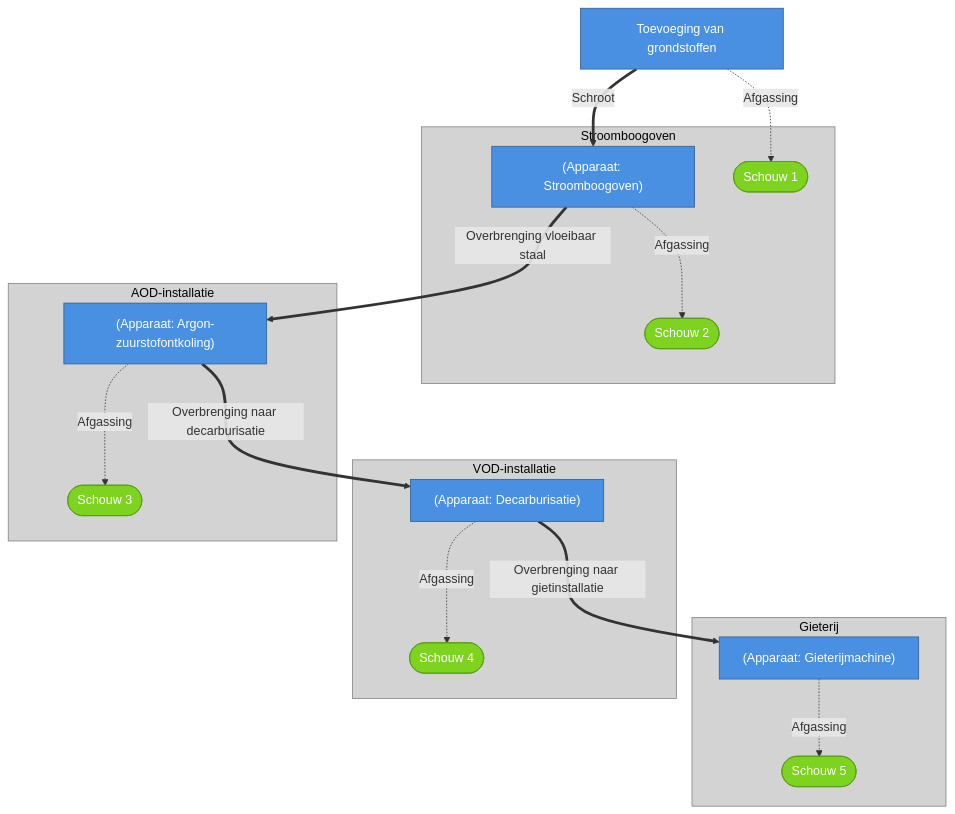
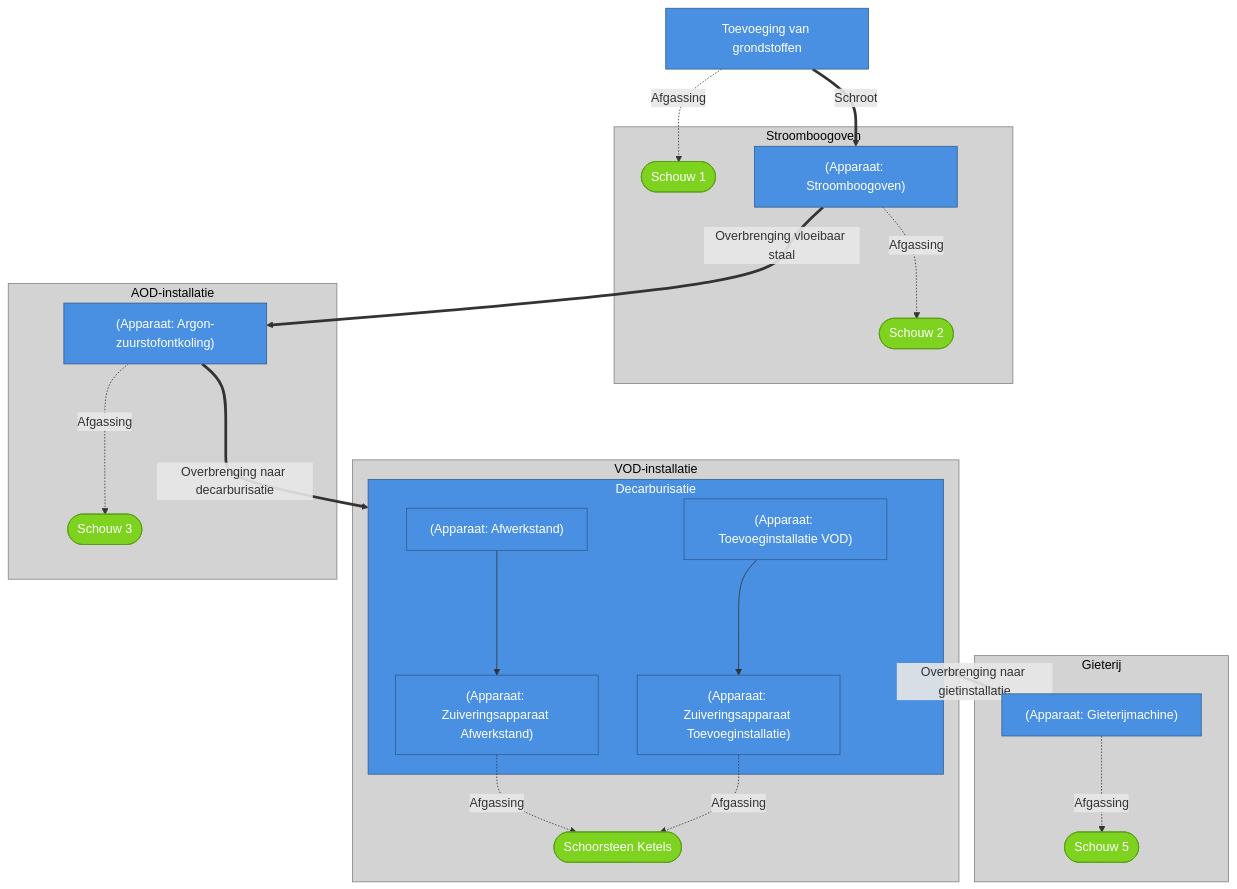
The diagram in documentatie/bin/activiteit-visualisatie/staalfabriek.mmd (milieuinfo/RIE-IEPR), drawn with Mermaid before and after one commit. The commit also changed 3 other files, not shown here.

```diff
--- a/documentatie/bin/activiteit-visualisatie/staalfabriek.mmd
+++ b/documentatie/bin/activiteit-visualisatie/staalfabriek.mmd
@@ -1,52 +1,63 @@
 flowchart TD
-    step0["Toevoeging van grondstoffen"]
-    style step0 fill:#4A90E2,stroke:#2E5C8A,color:#fff
+    subgraph Stroomboogoven
+    emissiepunt0(["Schouw 1"])
+    style emissiepunt0 fill:#7ED321,stroke:#5A9E17,color:#fff
+    emissiepunt1(["Schouw 2"])
+    style emissiepunt1 fill:#7ED321,stroke:#5A9E17,color:#fff
     step3["(Apparaat: Stroomboogoven)"]
     style step3 fill:#4A90E2,stroke:#2E5C8A,color:#fff
-    step6["(Apparaat: Argon-zuurstofontkoling)"]
-    style step6 fill:#4A90E2,stroke:#2E5C8A,color:#fff
-    step9["(Apparaat: Decarburisatie)"]
-    style step9 fill:#4A90E2,stroke:#2E5C8A,color:#fff
-    step12["(Apparaat: Gieterijmachine)"]
-    style step12 fill:#4A90E2,stroke:#2E5C8A,color:#fff
-    emissiepunt0(["Schouw 1"])
-    emissiepunt1(["Schouw 2"])
-    emissiepunt2(["Schouw 3"])
-    emissiepunt3(["Schouw 4"])
-    emissiepunt4(["Schouw 5"])
-    subgraph Stroomboogoven
-        emissiepunt0
-        style emissiepunt0 fill:#7ED321,stroke:#5A9E17,color:#fff
-        step3
-        emissiepunt1
-        style emissiepunt1 fill:#7ED321,stroke:#5A9E17,color:#fff
     end
     style Stroomboogoven fill:#D3D3D3,stroke:#808080,color:#000
     subgraph Gieterij
-        step12
-        emissiepunt4
-        style emissiepunt4 fill:#7ED321,stroke:#5A9E17,color:#fff
+    emissiepunt4(["Schouw 5"])
+    style emissiepunt4 fill:#7ED321,stroke:#5A9E17,color:#fff
+    step17["(Apparaat: Gieterijmachine)"]
+    style step17 fill:#4A90E2,stroke:#2E5C8A,color:#fff
     end
     style Gieterij fill:#D3D3D3,stroke:#808080,color:#000
     subgraph VOD-installatie
-        step9
-        emissiepunt3
-        style emissiepunt3 fill:#7ED321,stroke:#5A9E17,color:#fff
+    emissiepunt3(["Schoorsteen Ketels"])
+    style emissiepunt3 fill:#7ED321,stroke:#5A9E17,color:#fff
+                    subgraph step9["Decarburisatie"]
+                        step10["(Apparaat: Toevoeginstallatie VOD)"]
+        style step10 fill:#4A90E2,stroke:#2E5C8A,color:#fff
+        step11["(Apparaat: Zuiveringsapparaat Toevoeginstallatie)"]
+        style step11 fill:#4A90E2,stroke:#2E5C8A,color:#fff
+        step13["(Apparaat: Afwerkstand)"]
+        style step13 fill:#4A90E2,stroke:#2E5C8A,color:#fff
+        step14["(Apparaat: Zuiveringsapparaat Afwerkstand)"]
+        style step14 fill:#4A90E2,stroke:#2E5C8A,color:#fff
     end
+                    style step9 fill:#4A90E2,stroke:#2E5C8A,color:#fff
+                    end
     style VOD-installatie fill:#D3D3D3,stroke:#808080,color:#000
     subgraph AOD-installatie
-        step6
-        emissiepunt2
-        style emissiepunt2 fill:#7ED321,stroke:#5A9E17,color:#fff
+    emissiepunt2(["Schouw 3"])
+    style emissiepunt2 fill:#7ED321,stroke:#5A9E17,color:#fff
+    step6["(Apparaat: Argon-zuurstofontkoling)"]
+    style step6 fill:#4A90E2,stroke:#2E5C8A,color:#fff
     end
     style AOD-installatie fill:#D3D3D3,stroke:#808080,color:#000
+    step0["Toevoeging van grondstoffen"]
+    style step0 fill:#4A90E2,stroke:#2E5C8A,color:#fff
+    step10["(Apparaat: Toevoeginstallatie VOD)"]
+    style step10 fill:#4A90E2,stroke:#2E5C8A,color:#fff
+    step11["(Apparaat: Zuiveringsapparaat Toevoeginstallatie)"]
+    style step11 fill:#4A90E2,stroke:#2E5C8A,color:#fff
+    step13["(Apparaat: Afwerkstand)"]
+    style step13 fill:#4A90E2,stroke:#2E5C8A,color:#fff
+    step14["(Apparaat: Zuiveringsapparaat Afwerkstand)"]
+    style step14 fill:#4A90E2,stroke:#2E5C8A,color:#fff
 
     step0 -.->|Afgassing| emissiepunt0
     step0 ==>|Schroot| step3
     step3 -.->|Afgassing| emissiepunt1
     step3 ==>|Overbrenging vloeibaar staal| step6
     step6 -.->|Afgassing| emissiepunt2
     step6 ==>|Overbrenging naar decarburisatie| step9
-    step9 -.->|Afgassing| emissiepunt3
-    step9 ==>|Overbrenging naar gietinstallatie| step12
-    step12 -.->|Afgassing| emissiepunt4
+    step10 --> step11
+    step11 -.->|Afgassing| emissiepunt3
+    step13 --> step14
+    step14 -.->|Afgassing| emissiepunt3
+    step9 ==>|Overbrenging naar gietinstallatie| step17
+    step17 -.->|Afgassing| emissiepunt4
```
